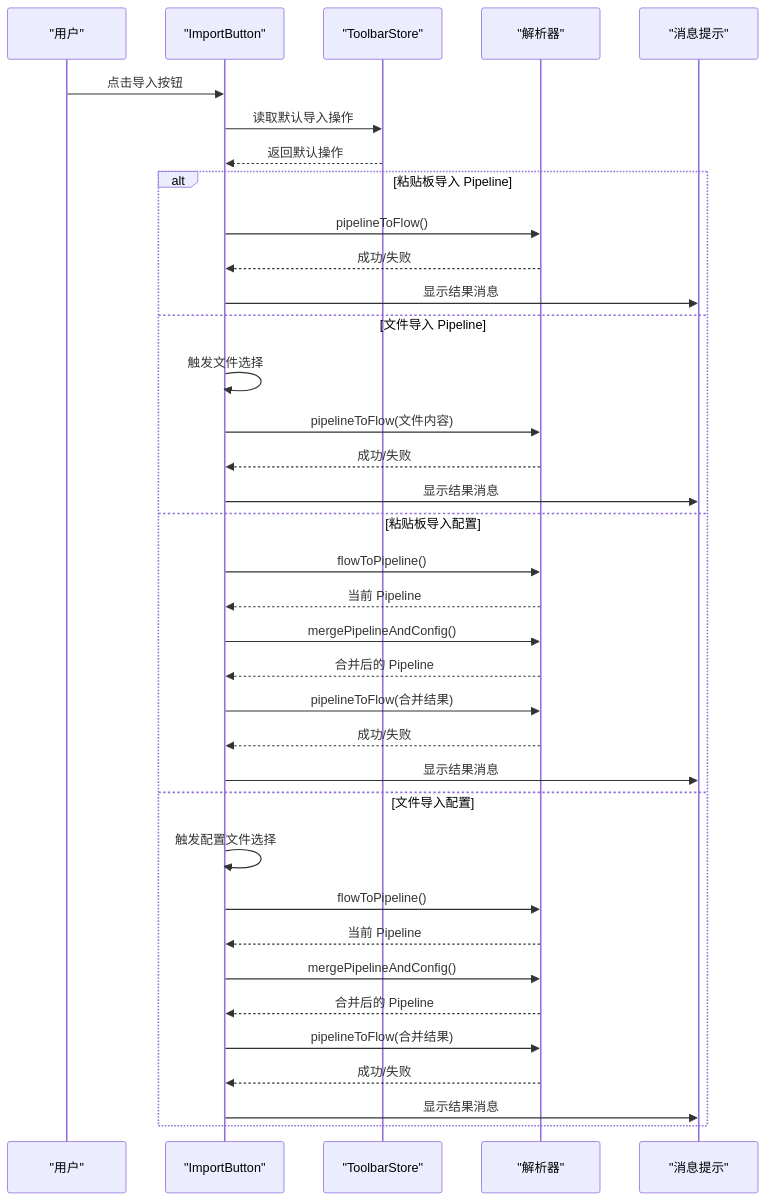
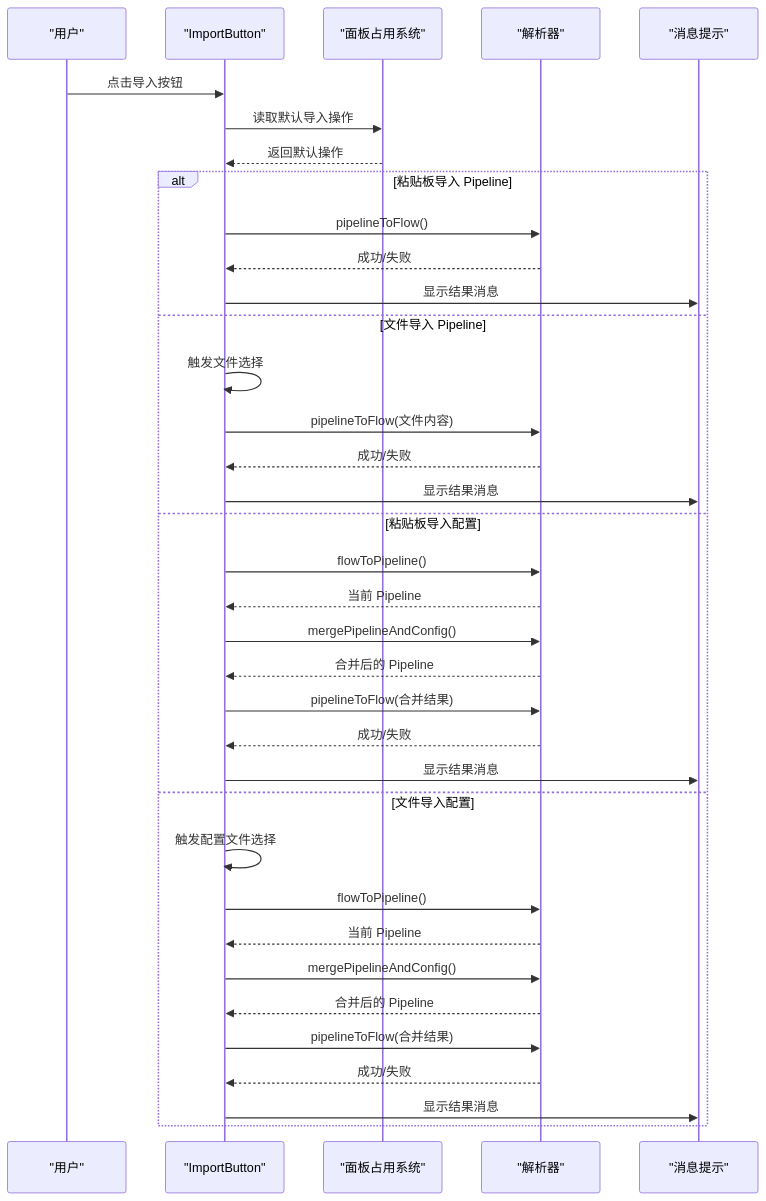
Before and after one commit to kqcoxn/MaaPipelineEditor: the third of 6 diagrams in .qoder/repowiki/zh/content/用户界面/工具栏面板.md, drawn with Mermaid. The commit also changed other lines of this file and 31 other files, not shown here.

````diff
--- a/.qoder/repowiki/zh/content/用户界面/工具栏面板.md
+++ b/.qoder/repowiki/zh/content/用户界面/工具栏面板.md
@@ -191,38 +202,38 @@
 ```mermaid
 sequenceDiagram
 participant U as "用户"
 participant IB as "ImportButton"
-participant TS as "ToolbarStore"
+participant POS as "面板占用系统"
 participant Parser as "解析器"
 participant UI as "消息提示"
 U->>IB : 点击导入按钮
-IB->>TS : 读取默认导入操作
-TS-->>IB : 返回默认操作
+IB->>POS : 读取默认导入操作
+POS-->>IB : 返回默认操作
 alt 粘贴板导入 Pipeline
 IB->>Parser : pipelineToFlow()
 Parser-->>IB : 成功/失败
 IB->>UI : 显示结果消息
 else 文件导入 Pipeline
 IB->>IB : 触发文件选择
 IB->>Parser : pipelineToFlow(文件内容)
 Parser-->>IB : 成功/失败
 IB->>UI : 显示结果消息
 else 粘贴板导入配置
 IB->>Parser : flowToPipeline()
 Parser-->>IB : 当前 Pipeline
 IB->>Parser : mergePipelineAndConfig()
 Parser-->>IB : 合并后的 Pipeline
 IB->>Parser : pipelineToFlow(合并结果)
 Parser-->>IB : 成功/失败
 IB->>UI : 显示结果消息
 else 文件导入配置
 IB->>IB : 触发配置文件选择
 IB->>Parser : flowToPipeline()
 Parser-->>IB : 当前 Pipeline
 IB->>Parser : mergePipelineAndConfig()
 Parser-->>IB : 合并后的 Pipeline
 IB->>Parser : pipelineToFlow(合并结果)
 Parser-->>IB : 成功/失败
 IB->>UI : 显示结果消息
 end
 ```
````
